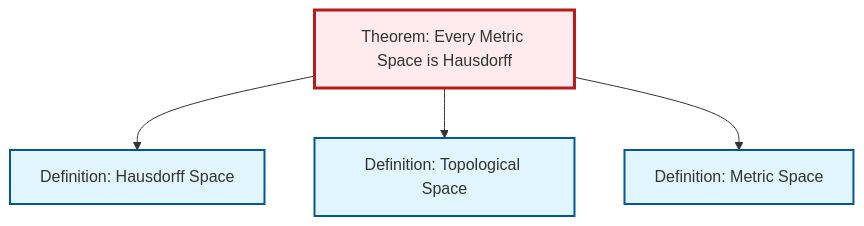
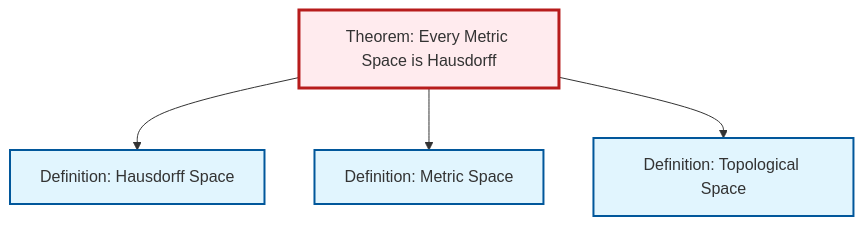
One commit to RK0429/ModernMath changed the diagram in content/ja/topology/thm-metric-hausdorff.qmd. Above: the diagram before and after it, drawn with Mermaid. The commit also changed other lines of this file and 360 other files, not shown here.

````diff
--- a/content/ja/topology/thm-metric-hausdorff.qmd
+++ b/content/ja/topology/thm-metric-hausdorff.qmd
@@ -63,20 +63,20 @@
 ```{mermaid}
 %%| fig-cap: "Local dependency graph"
 graph TD
     classDef definition fill:#e1f5fe,stroke:#01579b,stroke-width:2px
     classDef theorem fill:#f3e5f5,stroke:#4a148c,stroke-width:2px
     classDef axiom fill:#fff3e0,stroke:#e65100,stroke-width:2px
     classDef example fill:#e8f5e9,stroke:#1b5e20,stroke-width:2px
     classDef current fill:#ffebee,stroke:#b71c1c,stroke-width:3px
+    def-metric-space["Definition: Metric Space"]:::definition
+    thm-metric-hausdorff["Theorem: Every Metric Space is Hausdorff"]:::theorem
     def-hausdorff["Definition: Hausdorff Space"]:::definition
-    def-metric-space["Definition: Metric Space"]:::definition
     def-topological-space["Definition: Topological Space"]:::definition
-    thm-metric-hausdorff["Theorem: Every Metric Space is Hausdorff"]:::theorem
     thm-metric-hausdorff --> def-hausdorff
+    thm-metric-hausdorff --> def-metric-space
     thm-metric-hausdorff --> def-topological-space
-    thm-metric-hausdorff --> def-metric-space
     class thm-metric-hausdorff current
+    click def-metric-space "def-metric-space.html" "Definition: Metric Spaceへ"
     click def-hausdorff "def-hausdorff.html" "Definition: Hausdorff Spaceへ"
-    click def-metric-space "def-metric-space.html" "Definition: Metric Spaceへ"
     click def-topological-space "def-topological-space.html" "Definition: Topological Spaceへ"
 ```
````
